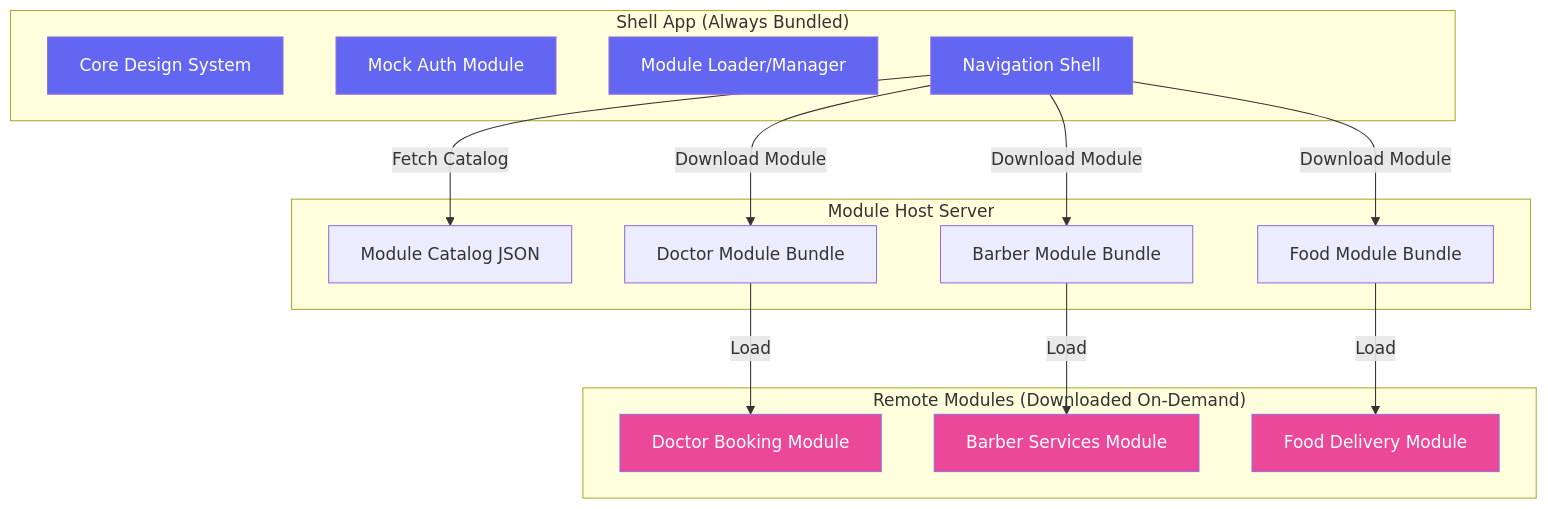
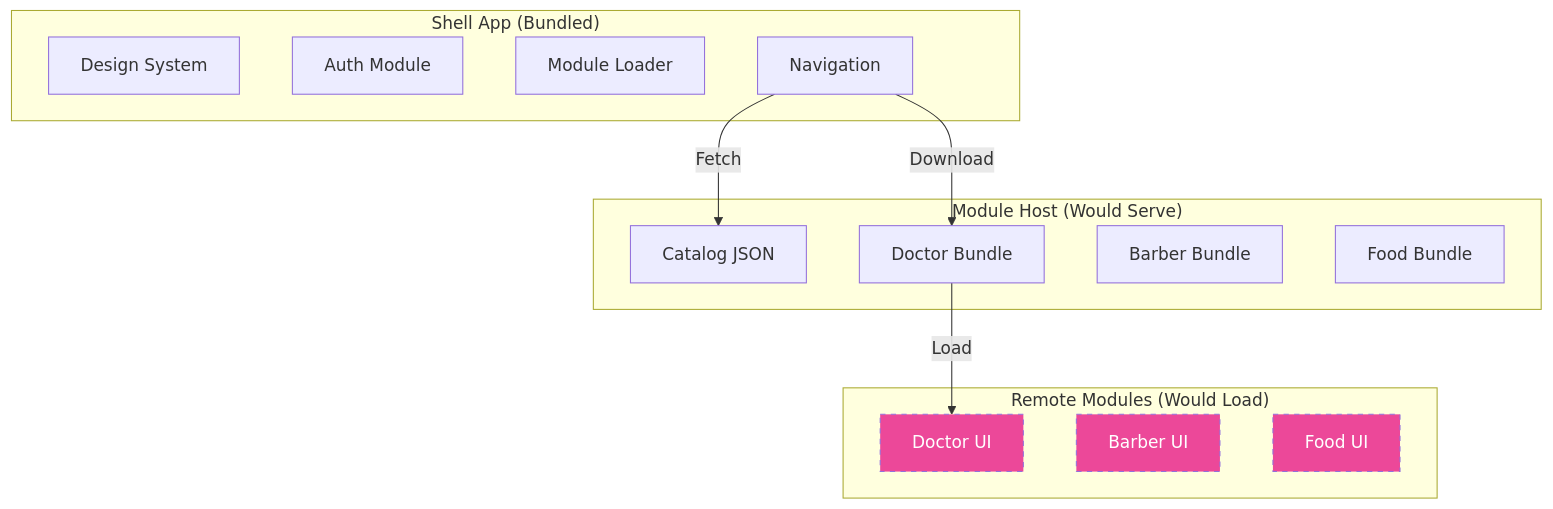
Before and after one commit to danial-khan/ServiceHub: the diagram in README.md, drawn with Mermaid. The commit also changed other lines of this file and 4 other files, not shown here.

````diff
--- a/README.md
+++ b/README.md
@@ -9,38 +42,30 @@
 ```mermaid
 graph TB
-    subgraph "Shell App (Always Bundled)"
-        A[Core Design System]
-        B[Mock Auth Module]
-        C[Module Loader/Manager]
-        D[Navigation Shell]
+    subgraph "Shell App (Bundled)"
+        A[Design System]
+        B[Auth Module]
+        C[Module Loader]
+        D[Navigation]
     end
     
-    subgraph "Module Host Server"
-        E[Module Catalog JSON]
-        F[Doctor Module Bundle]
-        G[Barber Module Bundle]
-        H[Food Module Bundle]
+    subgraph "Module Host (Would Serve)"
+        E[Catalog JSON]
+        F[Doctor Bundle]
+        G[Barber Bundle]
+        H[Food Bundle]
     end
     
-    subgraph "Remote Modules (Downloaded On-Demand)"
-        I[Doctor Booking Module]
-        J[Barber Services Module]
-        K[Food Delivery Module]
+    subgraph "Remote Modules (Would Load)"
+        I[Doctor UI]
+        J[Barber UI]
+        K[Food UI]
     end
     
-    D -->|Fetch Catalog| E
-    D -->|Download Module| F
-    D -->|Download Module| G
-    D -->|Download Module| H
+    D -->|Fetch| E
+    D -->|Download| F
     F -->|Load| I
-    G -->|Load| J
-    H -->|Load| K
     
-    style A fill:#6366F1,color:#fff
-    style B fill:#6366F1,color:#fff
-    style C fill:#6366F1,color:#fff
-    style D fill:#6366F1,color:#fff
-    style I fill:#EC4899,color:#fff
-    style J fill:#EC4899,color:#fff
-    style K fill:#EC4899,color:#fff
+    style I fill:#EC4899,color:#fff,stroke-dasharray: 5 5
+    style J fill:#EC4899,color:#fff,stroke-dasharray: 5 5
+    style K fill:#EC4899,color:#fff,stroke-dasharray: 5 5
 ```
````
